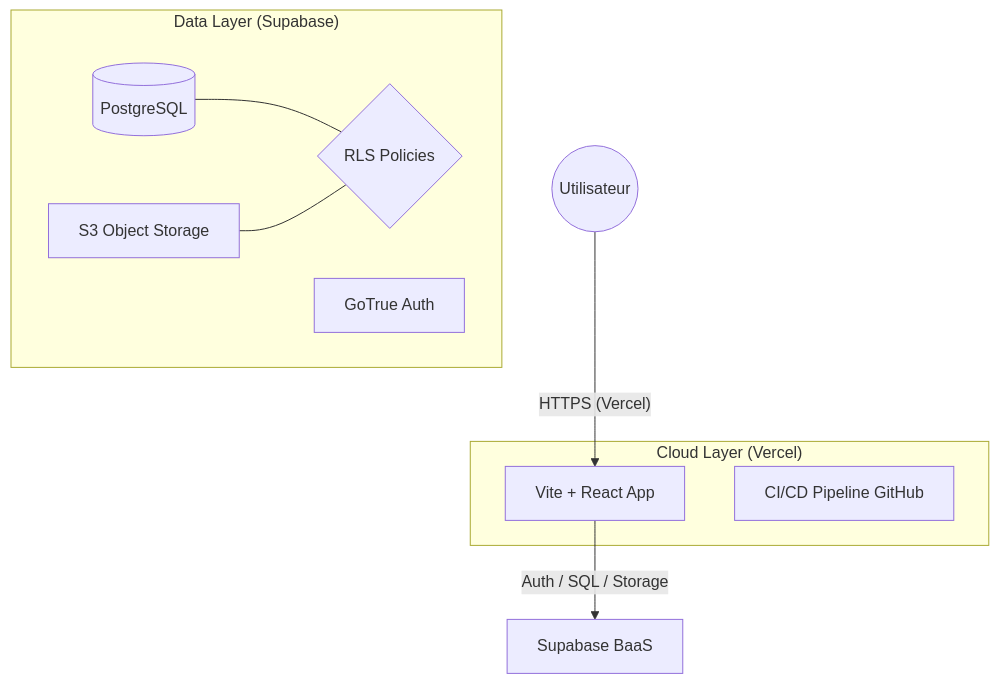
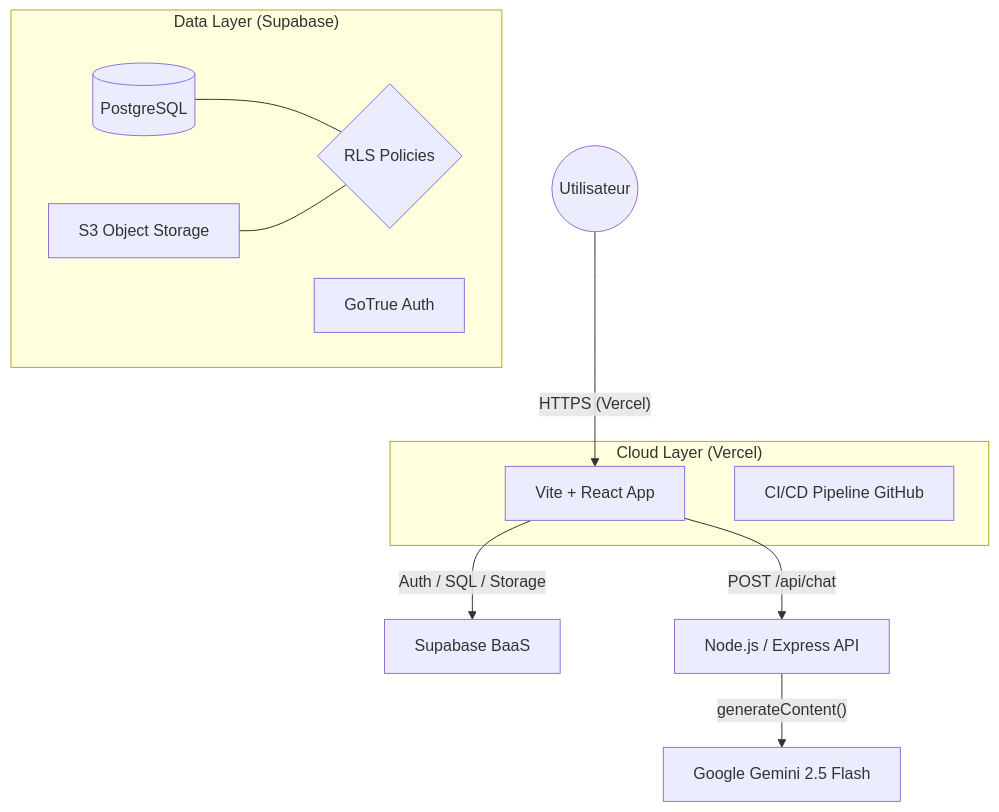
The first of 2 diagrams in README.md (estinaya2024/Veto-care), drawn with Mermaid before and after one commit. The commit also changed other lines of this file, not shown here.

Commit message:
docs: update README to reflect Gemini AI, i18n, and latest architecture

````diff
--- a/README.md
+++ b/README.md
@@ -20,19 +23,21 @@
 ```mermaid
 graph TD
     User((Utilisateur)) -- "HTTPS (Vercel)" --> Frontend[Vite + React App]
     Frontend -- "Auth / SQL / Storage" --> Supabase[Supabase BaaS]
-    
+    Frontend -- "POST /api/chat" --> Backend[Node.js / Express API]
+    Backend -- "generateContent()" --> Gemini[Google Gemini 2.5 Flash]
+
     subgraph "Cloud Layer (Vercel)"
         Frontend
         CI[CI/CD Pipeline GitHub]
     end
-    
+
     subgraph "Data Layer (Supabase)"
         DB[(PostgreSQL)]
         Auth[GoTrue Auth]
         Storage[S3 Object Storage]
         RLS{RLS Policies}
         DB --- RLS
         Storage --- RLS
     end
 ```
````
